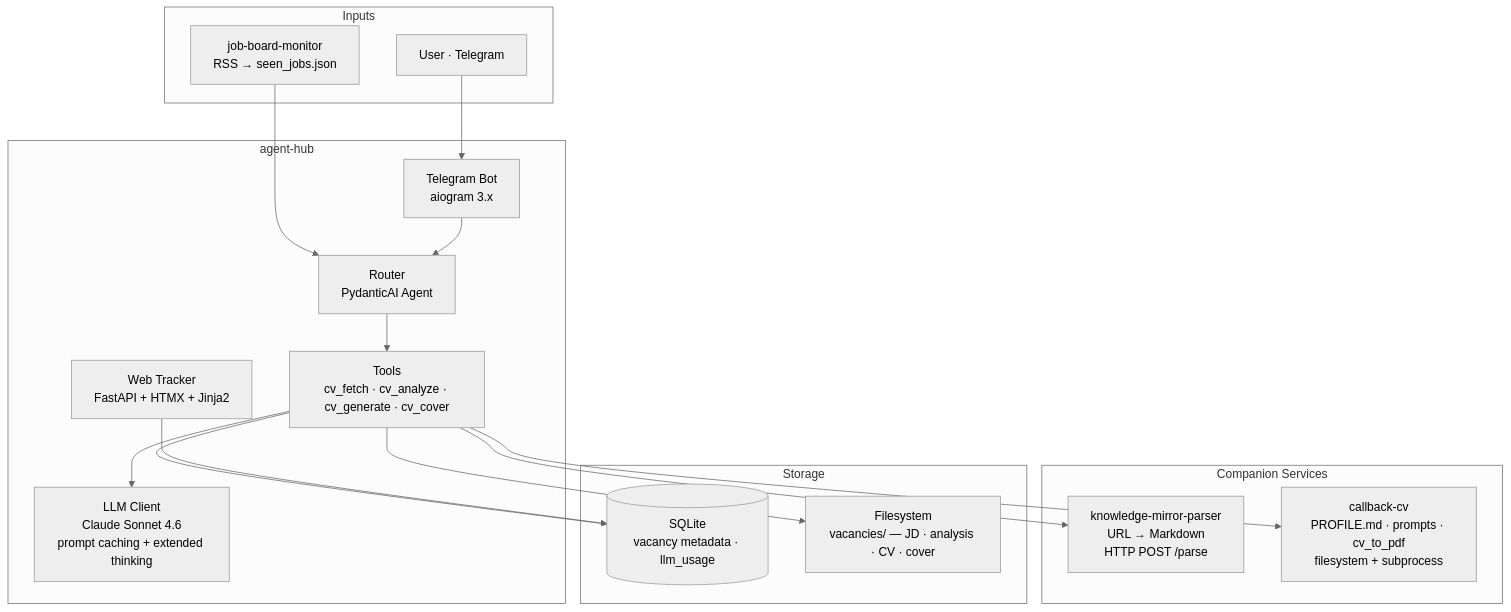
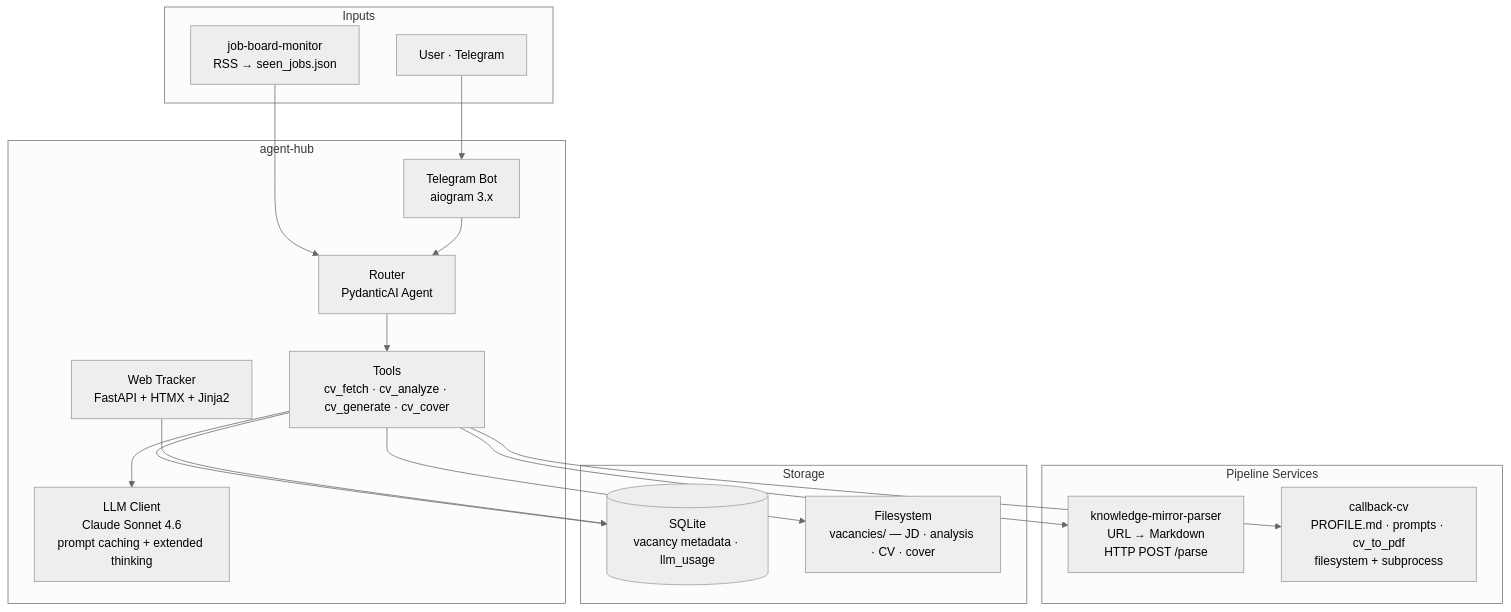
Before and after one commit to ioncat/agent-hub: the third of 3 diagrams in README.md, drawn with Mermaid (neutral theme). The commit also changed other lines of this file, not shown here.

````diff
--- a/README.md
+++ b/README.md
@@ -54,34 +61,34 @@
 ```mermaid
 flowchart TB
     subgraph Inputs
         RSS["job-board-monitor\nRSS → seen_jobs.json"]
         User["User · Telegram"]
     end
 
     subgraph "agent-hub"
         TG["Telegram Bot\naiogram 3.x"]
         RT["Router\nPydanticAI Agent"]
         Tools["Tools\ncv_fetch · cv_analyze · cv_generate · cv_cover"]
         LLM["LLM Client\nClaude Sonnet 4.6\nprompt caching + extended thinking"]
         Web["Web Tracker\nFastAPI + HTMX + Jinja2"]
     end
 
-    subgraph "Companion Services"
+    subgraph "Pipeline Services"
         KMP["knowledge-mirror-parser\nURL → Markdown\nHTTP POST /parse"]
         CBK["callback-cv\nPROFILE.md · prompts · cv_to_pdf\nfilesystem + subprocess"]
     end
 
     subgraph Storage
         DB[("SQLite\nvacancy metadata · llm_usage")]
         FS["Filesystem\nvacancies/ — JD · analysis · CV · cover"]
     end
 
     RSS --> RT
     User --> TG --> RT
     RT --> Tools
     Tools --> LLM
     Tools --> KMP
     Tools --> CBK
     Tools --> DB & FS
     Web --> DB
 ```
````
